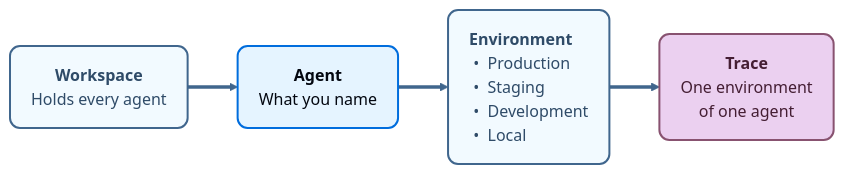
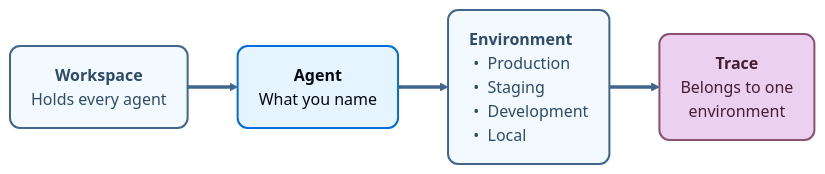
Before and after one commit to langchain-ai/docs: the diagram in src/langsmith/agents.mdx, drawn with Mermaid. The commit also changed other lines of this file and 7 other files, not shown here.

````diff
--- a/src/langsmith/agents.mdx
+++ b/src/langsmith/agents.mdx
@@ -16,18 +16,18 @@
 ```mermaid actions={false}
 %%{init: {"theme":"base","themeVariables":{"fontFamily":"Inter, system-ui, sans-serif","lineColor":"#40668D","primaryColor":"#E5F4FF","primaryTextColor":"#030710","primaryBorderColor":"#006DDD","clusterBkg":"transparent"}}}%%
 flowchart LR
     WS("<div style='padding:2px 6px'><b>Workspace</b><br/>Holds every agent</div>")
     AG("<div style='padding:2px 6px'><b>Agent</b><br/>What you name</div>")
     EN("<div style='text-align:left;padding:2px 6px'><b>Environment</b><br/>&nbsp;•&nbsp; Production<br/>&nbsp;•&nbsp; Staging<br/>&nbsp;•&nbsp; Development<br/>&nbsp;•&nbsp; Local</div>")
-    TR("<div style='padding:2px 6px'><b>Trace</b><br/>One environment<br/>of one agent</div>")
+    TR("<div style='padding:2px 6px'><b>Trace</b><br/>Belongs to one<br/>environment</div>")
 
     WS ==> AG ==> EN ==> TR
 
     classDef neutral fill:#F2FAFF,stroke:#40668D,stroke-width:2px,color:#2F4B68,rx:10,ry:10
     classDef process fill:#E5F4FF,stroke:#006DDD,stroke-width:2px,color:#030710,rx:10,ry:10
     classDef output fill:#EBD0F0,stroke:#885270,stroke-width:2px,color:#441E33,rx:10,ry:10
 
     class WS,EN neutral
     class AG process
     class TR output
 ```
````
